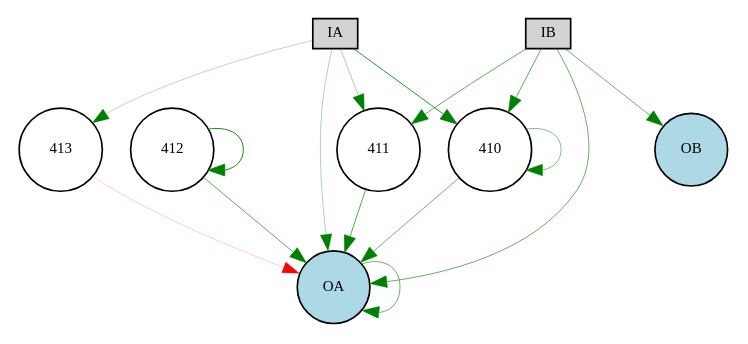
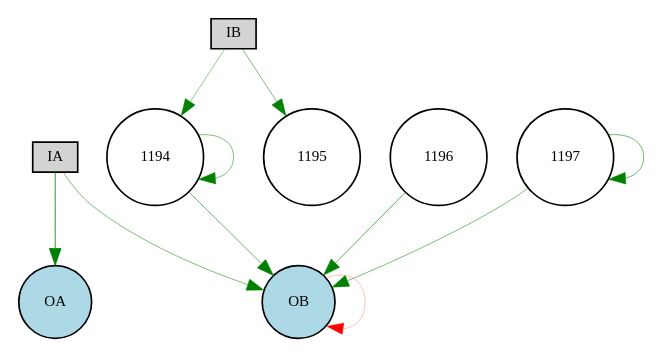
Before and after one commit to danxan/neuromorphic-evolution: the diagram in source/discrete_experiment/Digraph.gv, drawn with Graphviz. The commit also changed 5 other files, not shown here.

```diff
--- a/source/discrete_experiment/Digraph.gv
+++ b/source/discrete_experiment/Digraph.gv
@@ -1,26 +1,20 @@
 digraph {
 	node [fontsize=9 height=0.2 shape=circle width=0.2]
 	IA [fillcolor=lightgray shape=box style=filled]
 	IB [fillcolor=lightgray shape=box style=filled]
 	OA [fillcolor=lightblue style=filled]
 	OB [fillcolor=lightblue style=filled]
-	410 [fillcolor=white style=filled]
-	411 [fillcolor=white style=filled]
-	412 [fillcolor=white style=filled]
-	413 [fillcolor=white style=filled]
-	IA -> 410 [color=green penwidth=0.5057011401014659 style=solid]
-	IA -> 411 [color=green penwidth=0.2086867085363744 style=solid]
-	IA -> 413 [color=green penwidth=0.16997848682140285 style=solid]
-	IB -> 410 [color=green penwidth=0.40215751199241934 style=solid]
-	IB -> 411 [color=green penwidth=0.38093651315524024 style=solid]
-	410 -> OA [color=green penwidth=0.349728320039702 style=solid]
-	411 -> OA [color=green penwidth=0.40823821688046125 style=solid]
-	412 -> OA [color=green penwidth=0.394562018939551 style=solid]
-	413 -> OA [color=red penwidth=0.11883362079678252 style=solid]
-	IA -> OA [color=green penwidth=0.19802790389120528 style=solid]
-	IB -> OA [color=green penwidth=0.36909658653180244 style=solid]
-	IB -> OB [color=green penwidth=0.35904419136689214 style=solid]
-	OA -> OA [color=green penwidth=0.3592836951854894 style=solid]
-	410 -> 410 [color=green penwidth=0.3025020955012018 style=solid]
-	412 -> 412 [color=green penwidth=0.5477391056948261 style=solid]
+	1194 [fillcolor=white style=filled]
+	1196 [fillcolor=white style=filled]
+	1197 [fillcolor=white style=filled]
+	IB -> 1194 [color=green penwidth=0.2535876324969758 style=solid]
+	IB -> 1195 [color=green penwidth=0.3136160475618647 style=solid]
+	1194 -> OB [color=green penwidth=0.3483869399384545 style=solid]
+	1196 -> OB [color=green penwidth=0.38348656052506924 style=solid]
+	1197 -> OB [color=green penwidth=0.31243325090759344 style=solid]
+	IA -> OA [color=green penwidth=0.48653395836374735 style=solid]
+	IA -> OB [color=green penwidth=0.3088726059345618 style=solid]
+	OB -> OB [color=red penwidth=0.15279132524054867 style=solid]
+	1194 -> 1194 [color=green penwidth=0.2990636607241315 style=solid]
+	1197 -> 1197 [color=green penwidth=0.33757848799748863 style=solid]
 }
```
